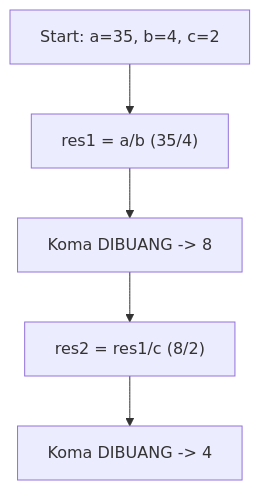
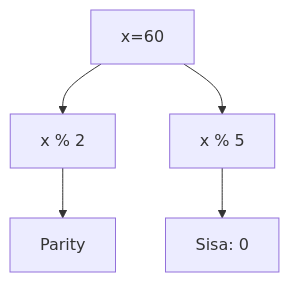
The sixth of 25 diagrams in part-c-pemahaman-cpp/01-tipe-data/latihan/set-08.md (amnahwaida/OSNK_INF_PREP), drawn with Mermaid before and after one commit. The commit also changed other lines of this file and 71 other files, not shown here.

````diff
--- a/part-c-pemahaman-cpp/01-tipe-data/latihan/set-08.md
+++ b/part-c-pemahaman-cpp/01-tipe-data/latihan/set-08.md
@@ -110,7 +174,7 @@
 ```mermaid
 graph TD
-    A[Start: a=35, b=4, c=2] --> B["res1 = a/b (35/4)"]
-    B --> C["Koma DIBUANG -> 8"]
-    C --> D["res2 = res1/c (8/2)"]
-    D --> E["Koma DIBUANG -> 4"]
+A[x=60] --> B[x % 2]
+B --> C[Parity]
+A --> D[x % 5]
+D --> E[Sisa: 0]
 ```
````
